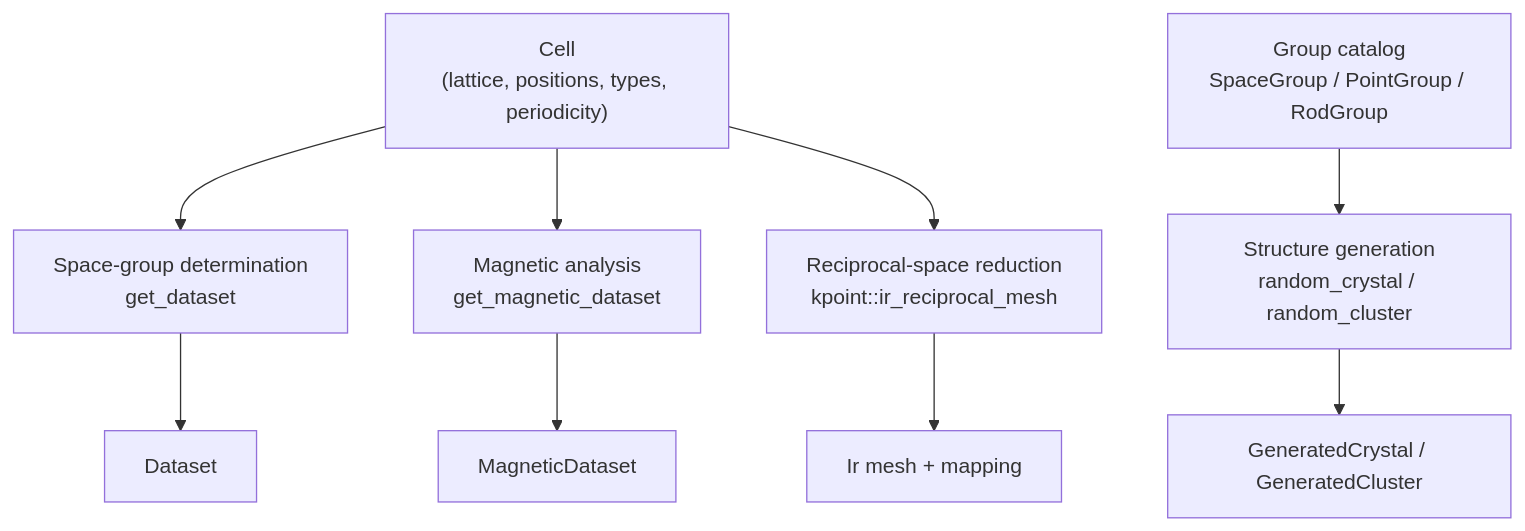
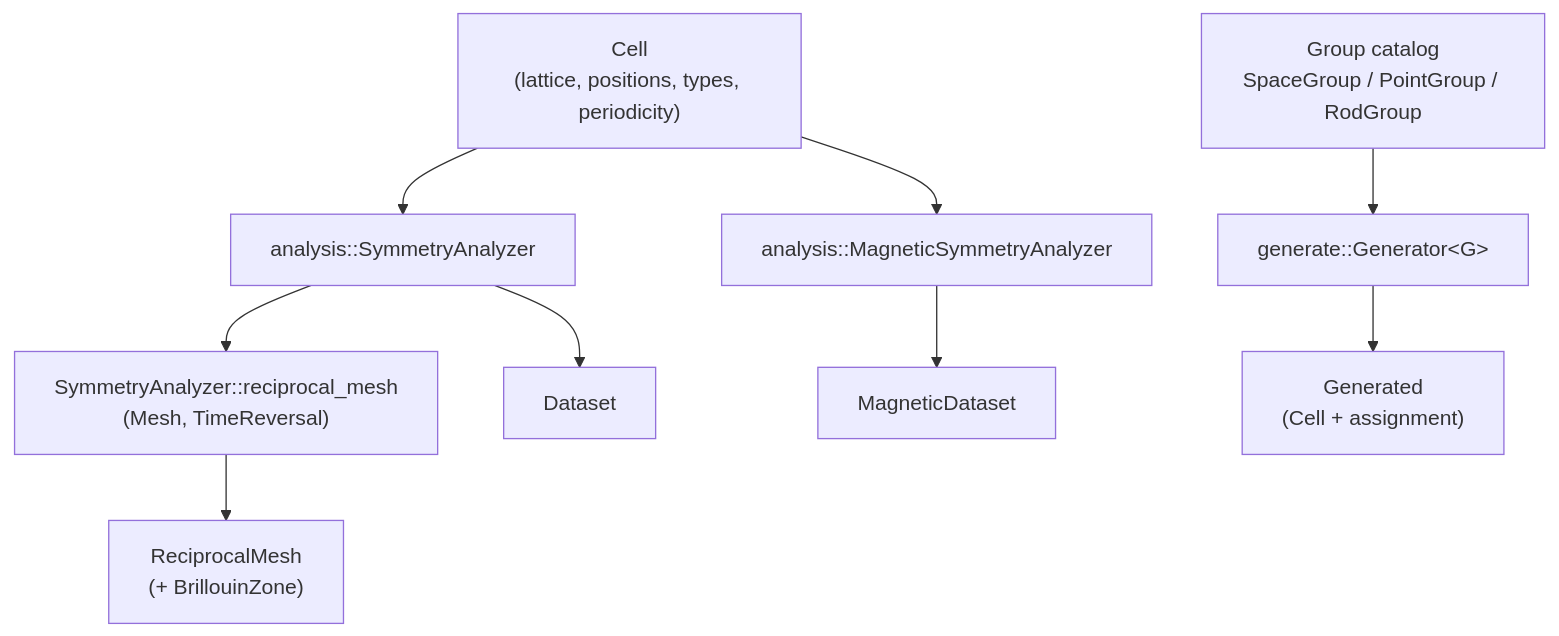
Before and after one commit to reach2sayan/Seitz: the first of 7 diagrams in docs/WORKFLOW.md, drawn with Mermaid. The commit also changed other lines of this file and 39 other files, not shown here.

````diff
--- a/docs/WORKFLOW.md
+++ b/docs/WORKFLOW.md
@@ -9,16 +9,16 @@
 ```mermaid
 flowchart TD
     Cell["Cell<br/>(lattice, positions, types, periodicity)"]
 
-    Cell --> Det["Space-group determination<br/>get_dataset"]
-    Cell --> Mag["Magnetic analysis<br/>get_magnetic_dataset"]
-    Cell --> KP["Reciprocal-space reduction<br/>kpoint::ir_reciprocal_mesh"]
+    Cell --> Det["analysis::SymmetryAnalyzer"]
+    Cell --> Mag["analysis::MagneticSymmetryAnalyzer"]
+    Det --> KP["SymmetryAnalyzer::reciprocal_mesh<br/>(Mesh, TimeReversal)"]
 
     Group["Group catalog<br/>SpaceGroup / PointGroup / RodGroup"]
-    Group --> Gen["Structure generation<br/>random_crystal / random_cluster"]
+    Group --> Gen["generate::Generator&lt;G&gt;"]
 
     Det --> Dataset["Dataset"]
     Mag --> MDataset["MagneticDataset"]
-    KP --> Mesh["Ir mesh + mapping"]
-    Gen --> Xtal["GeneratedCrystal / GeneratedCluster"]
+    KP --> Mesh["ReciprocalMesh<br/>(+ BrillouinZone)"]
+    Gen --> Xtal["Generated<br/>(Cell + assignment)"]
 ```
````
